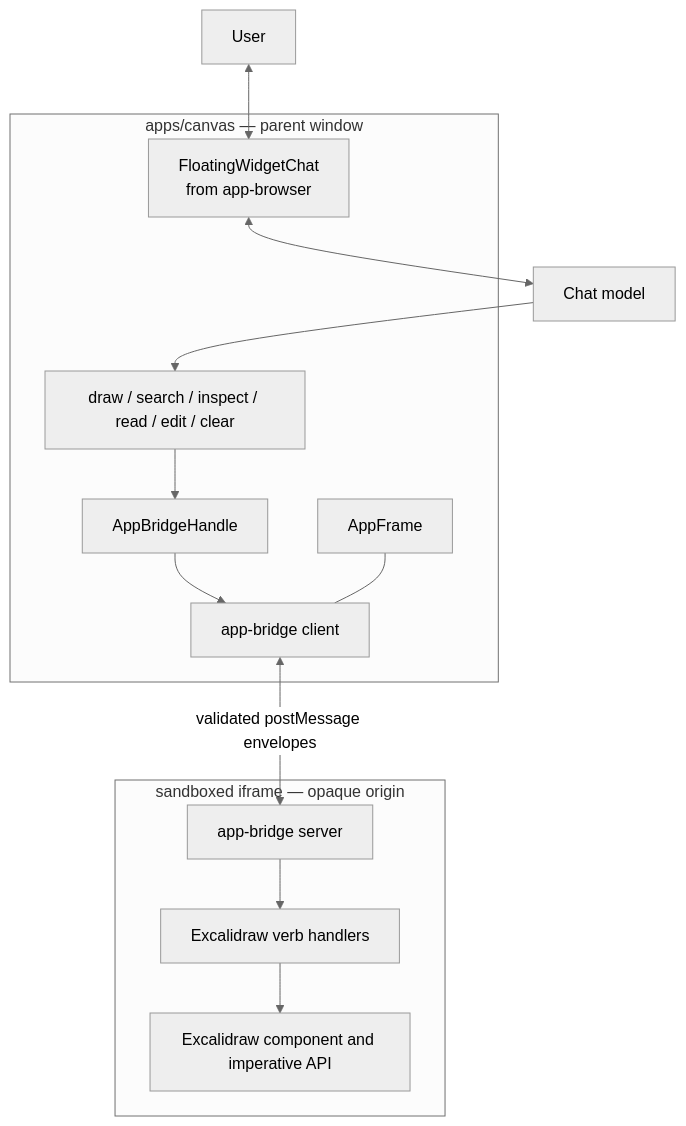
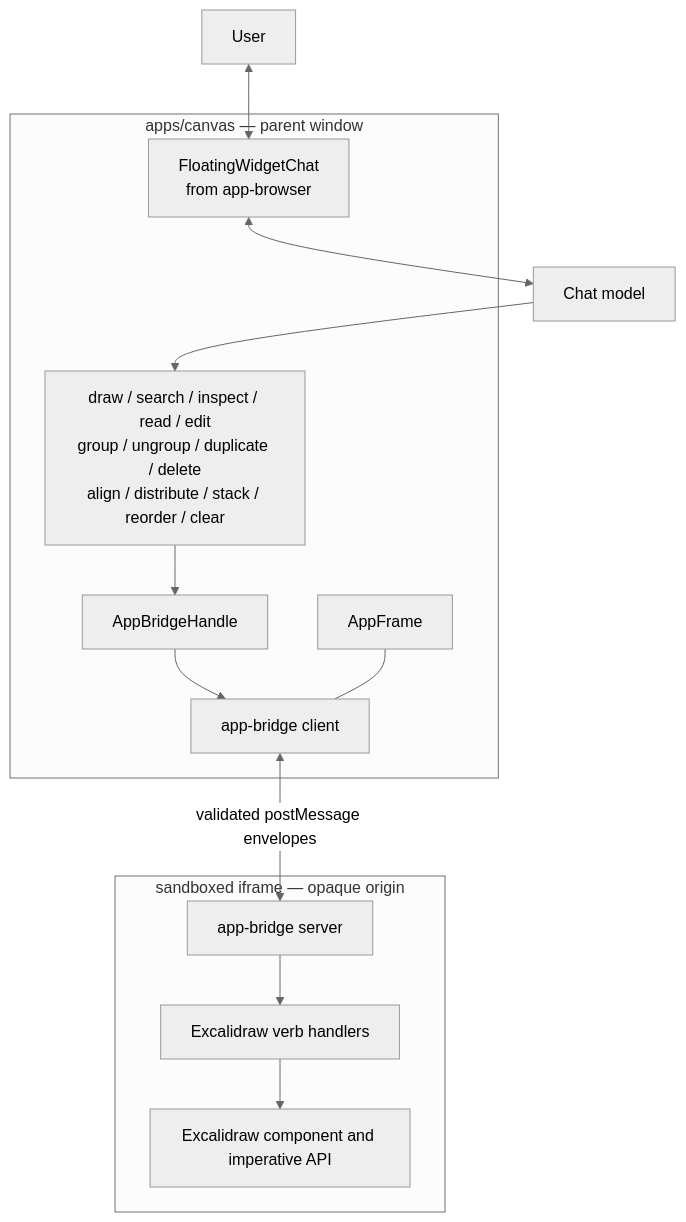
Before and after one commit to NNTin/tinytinkerer: the second of 10 diagrams in docs/app-harness.md, drawn with Mermaid (neutral theme). The commit also changed other lines of this file and 14 other files, not shown here.

````diff
--- a/docs/app-harness.md
+++ b/docs/app-harness.md
@@ -70,29 +70,29 @@
 ```mermaid
 flowchart TB
   user[User]
   model[Chat model]
 
   subgraph shell["apps/canvas — parent window"]
     chat["FloatingWidgetChat<br/>from app-browser"]
-    tools["draw / search / inspect / read / edit / clear"]
+    tools["draw / search / inspect / read / edit<br/>group / ungroup / duplicate / delete<br/>align / distribute / stack / reorder / clear"]
     handle["AppBridgeHandle"]
     client["app-bridge client"]
     frame["AppFrame"]
   end
 
   subgraph iframe["sandboxed iframe — opaque origin"]
     server["app-bridge server"]
     handlers["Excalidraw verb handlers"]
     component["Excalidraw component and imperative API"]
   end
 
   user <--> chat
   chat <--> model
   model --> tools
   tools --> handle
   handle --> client
   client <-->|"validated postMessage envelopes"| server
   frame --- client
   server --> handlers
   handlers --> component
 ```
````
